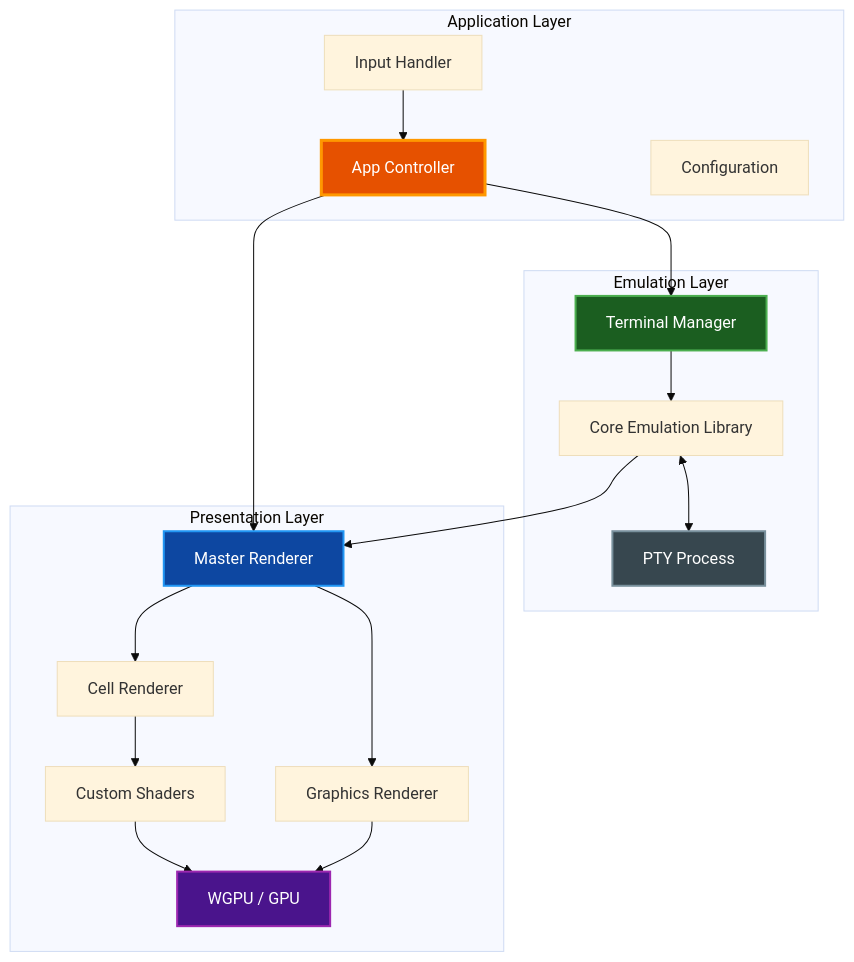
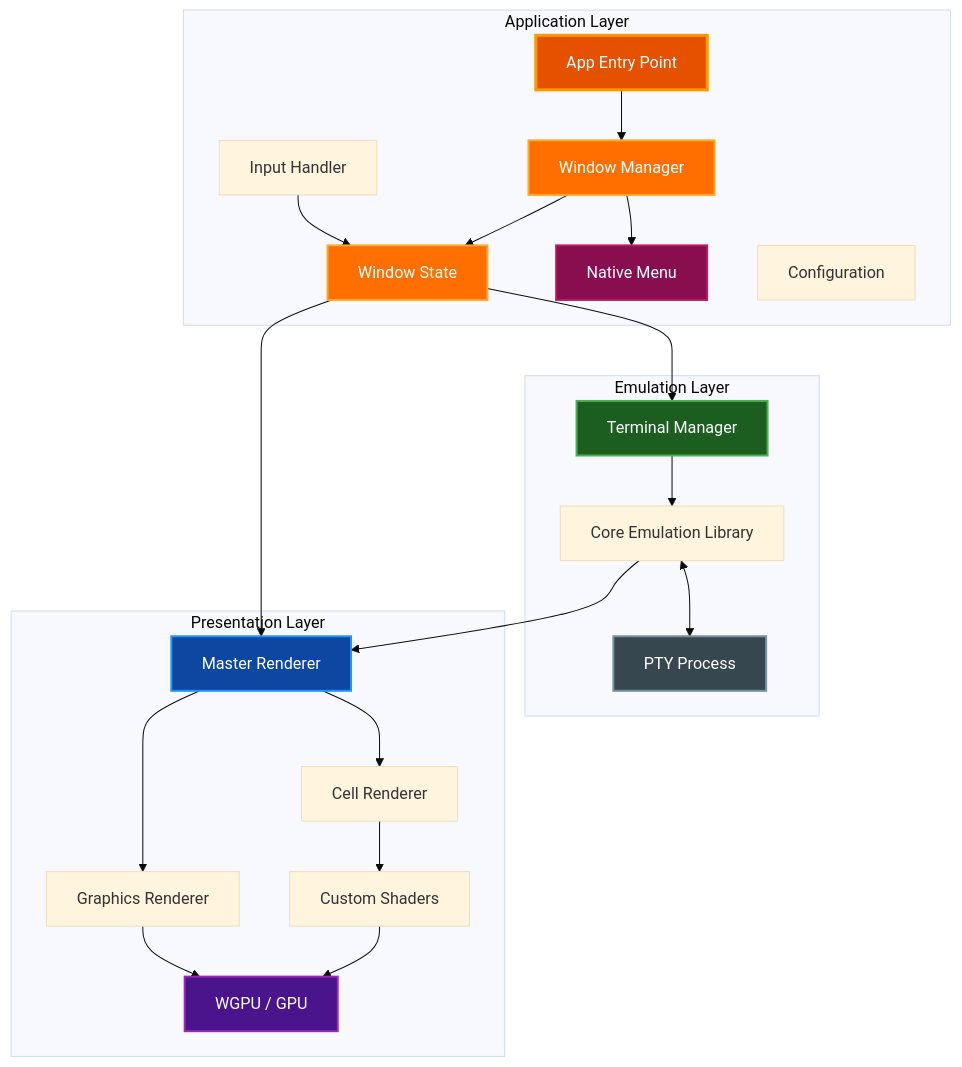
Before and after one commit to paulrobello/par-term: the first of 2 diagrams in docs/ARCHITECTURE.md, drawn with Mermaid (base theme). The commit also changed other lines of this file and 61 other files, not shown here.

First line of the commit message:
feat: add multi-window support and native menu bar (v0.4.0)

````diff
--- a/docs/ARCHITECTURE.md
+++ b/docs/ARCHITECTURE.md
@@ -31,40 +31,49 @@
 ```mermaid
 graph TB
     subgraph "Application Layer"
-        App[App Controller]
+        App[App Entry Point]
+        WM[Window Manager]
+        WS[Window State]
+        Menu[Native Menu]
         Input[Input Handler]
         Config[Configuration]
     end
 
     subgraph "Emulation Layer"
         TM[Terminal Manager]
         Core[Core Emulation Library]
         PTY[PTY Process]
     end
 
     subgraph "Presentation Layer"
         Renderer[Master Renderer]
         CellRender[Cell Renderer]
         GraphicRender[Graphics Renderer]
         Shader[Custom Shaders]
         GPU[WGPU / GPU]
     end
 
-    Input --> App
-    App --> TM
-    App --> Renderer
+    App --> WM
+    WM --> WS
+    WM --> Menu
+    Input --> WS
+    WS --> TM
+    WS --> Renderer
     TM --> Core
     Core <--> PTY
     Core --> Renderer
     Renderer --> CellRender
     Renderer --> GraphicRender
     CellRender --> Shader
     Shader --> GPU
     GraphicRender --> GPU
 
     style App fill:#e65100,stroke:#ff9800,stroke-width:3px,color:#ffffff
+    style WM fill:#ff6f00,stroke:#ffa726,stroke-width:2px,color:#ffffff
+    style WS fill:#ff6f00,stroke:#ffa726,stroke-width:2px,color:#ffffff
+    style Menu fill:#880e4f,stroke:#c2185b,stroke-width:2px,color:#ffffff
     style TM fill:#1b5e20,stroke:#4caf50,stroke-width:2px,color:#ffffff
     style Renderer fill:#0d47a1,stroke:#2196f3,stroke-width:2px,color:#ffffff
     style PTY fill:#37474f,stroke:#78909c,stroke-width:2px,color:#ffffff
     style GPU fill:#4a148c,stroke:#9c27b0,stroke-width:2px,color:#ffffff
 ```
````
